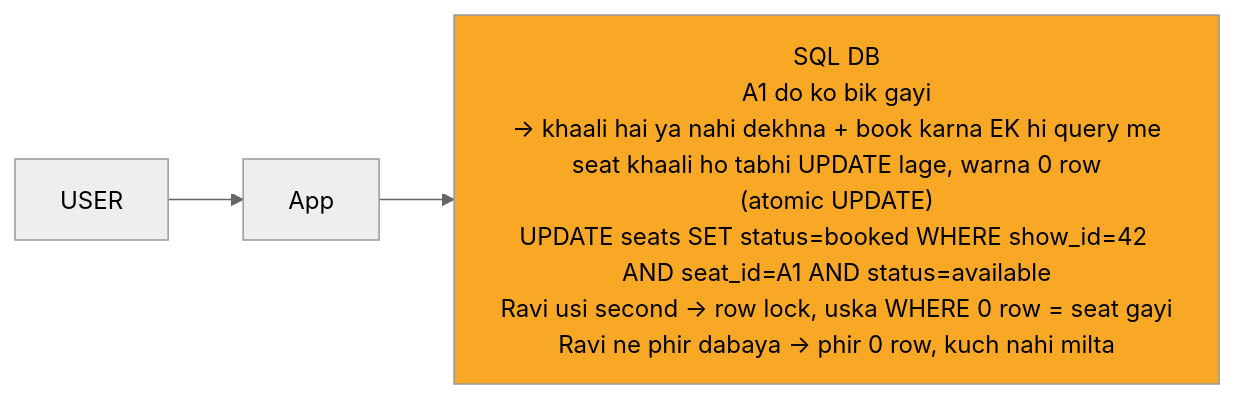
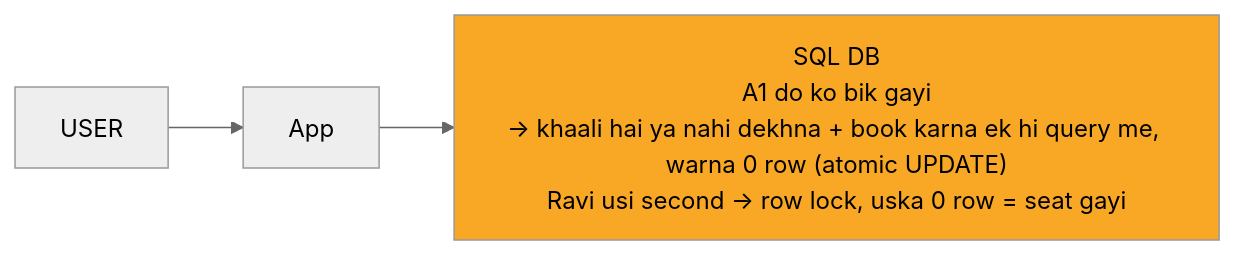
Before and after one commit to ArpanMaheshwari144/Prep: the diagram in 04_HLD/SYSTEM_DESIGNS/09_bookmyshow/img/c1.mmd, drawn with Mermaid (neutral theme). The commit also changed 30 other files, not shown here.

```diff
--- a/04_HLD/SYSTEM_DESIGNS/09_bookmyshow/img/c1.mmd
+++ b/04_HLD/SYSTEM_DESIGNS/09_bookmyshow/img/c1.mmd
@@ -1,8 +1,8 @@
 %%{init: {"flowchart": {"wrappingWidth": 450}}}%%
 flowchart LR
     n_USER["USER"]
     n_App["App"]
-    n_SQL_DB["SQL DB<br/>A1 do ko bik gayi<br/>-> khaali hai ya nahi dekhna + book karna EK hi query me<br/>seat khaali ho tabhi UPDATE lage, warna 0 row<br/>(atomic UPDATE)<br/>UPDATE seats SET status=booked WHERE show_id=42 AND seat_id=A1 AND status=available<br/>Ravi usi second -> row lock, uska WHERE 0 row = seat gayi<br/>Ravi ne phir dabaya -> phir 0 row, kuch nahi milta"]
+    n_SQL_DB["SQL DB<br/>A1 do ko bik gayi<br/>-> khaali hai ya nahi dekhna + book karna ek hi query me, warna 0 row (atomic UPDATE)<br/>Ravi usi second -> row lock, uska 0 row = seat gayi"]
     n_USER --> n_App
     n_App --> n_SQL_DB
     style n_SQL_DB fill:#f9a825,color:#000
```
